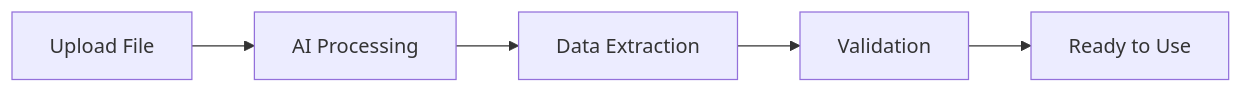
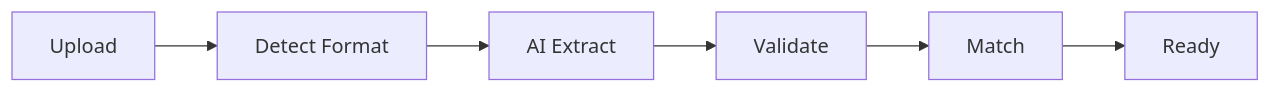
The diagram in index.mdx (FlowieAI/docs), drawn with Mermaid before and after one commit. The commit also changed other lines of this file and 2 other files, not shown here.

````diff
--- a/index.mdx
+++ b/index.mdx
@@ -54,7 +46,8 @@
 ```mermaid
 graph LR
-    A[Upload File] --> B[AI Processing]
-    B --> C[Data Extraction]
-    C --> D[Validation]
-    D --> E[Ready to Use]
+    A[Upload] --> B[Detect Format]
+    B --> C[AI Extract]
+    C --> D[Validate]
+    D --> E[Match]
+    E --> F[Ready]
 ```
````
